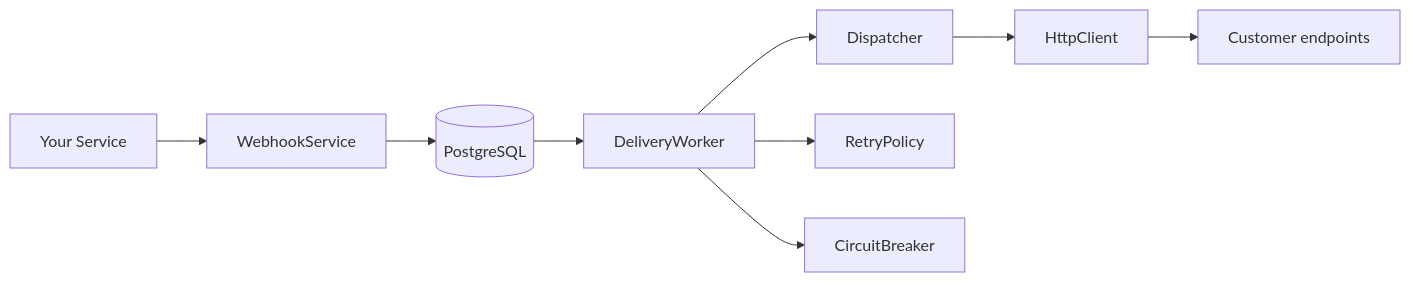
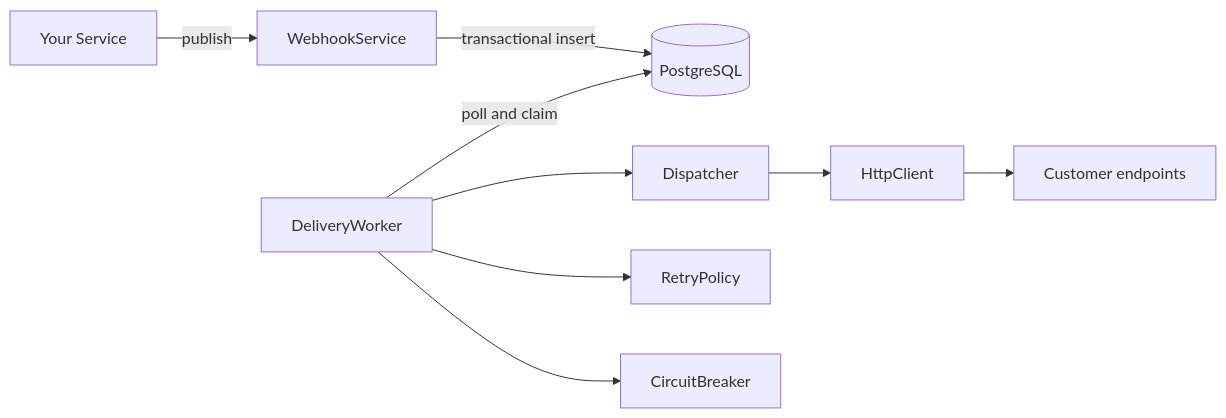
One commit to nestarc/webhook changed the diagram in README.md. Above: the diagram before and after it, drawn with Mermaid. The commit also changed other lines of this file and 11 other files, not shown here.

````diff
--- a/README.md
+++ b/README.md
@@ -370,11 +394,11 @@
 ```mermaid
 flowchart LR
-  A[Your Service] --> B[WebhookService]
-  B --> C[(PostgreSQL)]
-  C --> D[DeliveryWorker]
+  A[Your Service] -->|publish| B[WebhookService]
+  B -->|transactional insert| C[(PostgreSQL)]
+  D[DeliveryWorker] -->|poll and claim| C
   D --> E[Dispatcher]
   D --> F[RetryPolicy]
   D --> G[CircuitBreaker]
   E --> H[HttpClient]
   H --> I[Customer endpoints]
 ```
````
